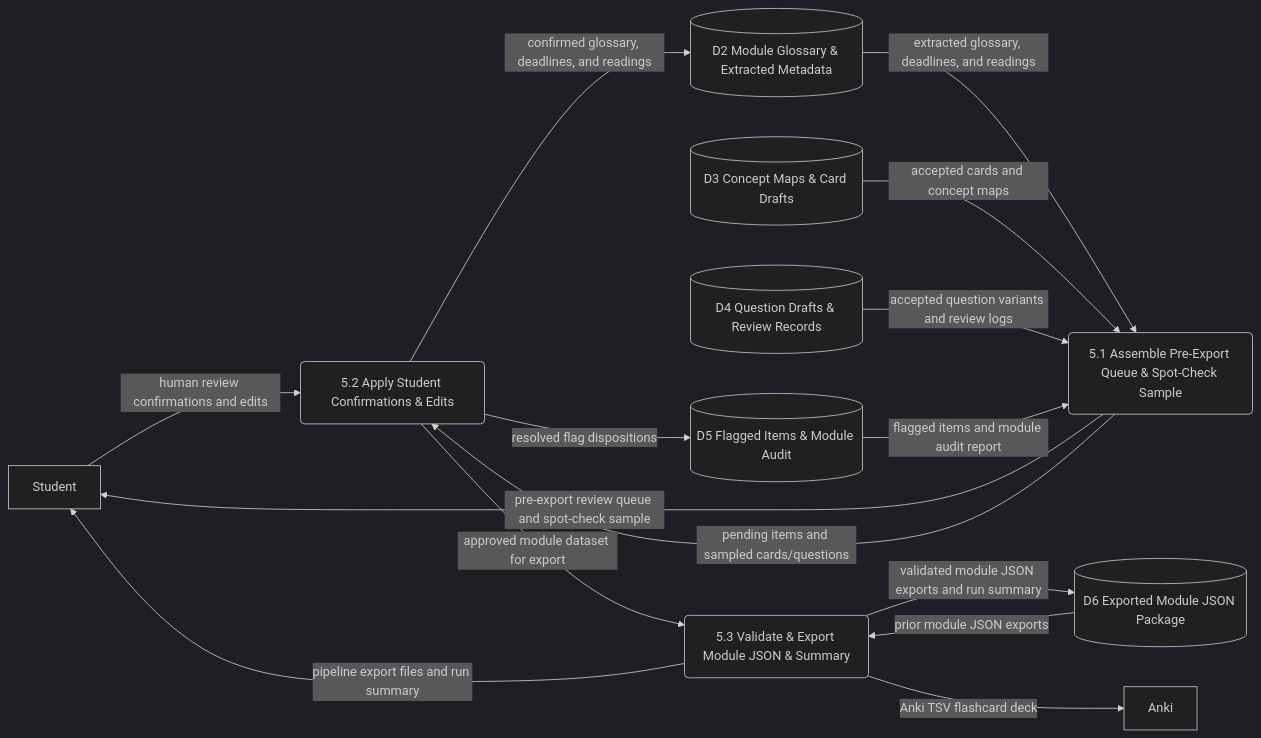
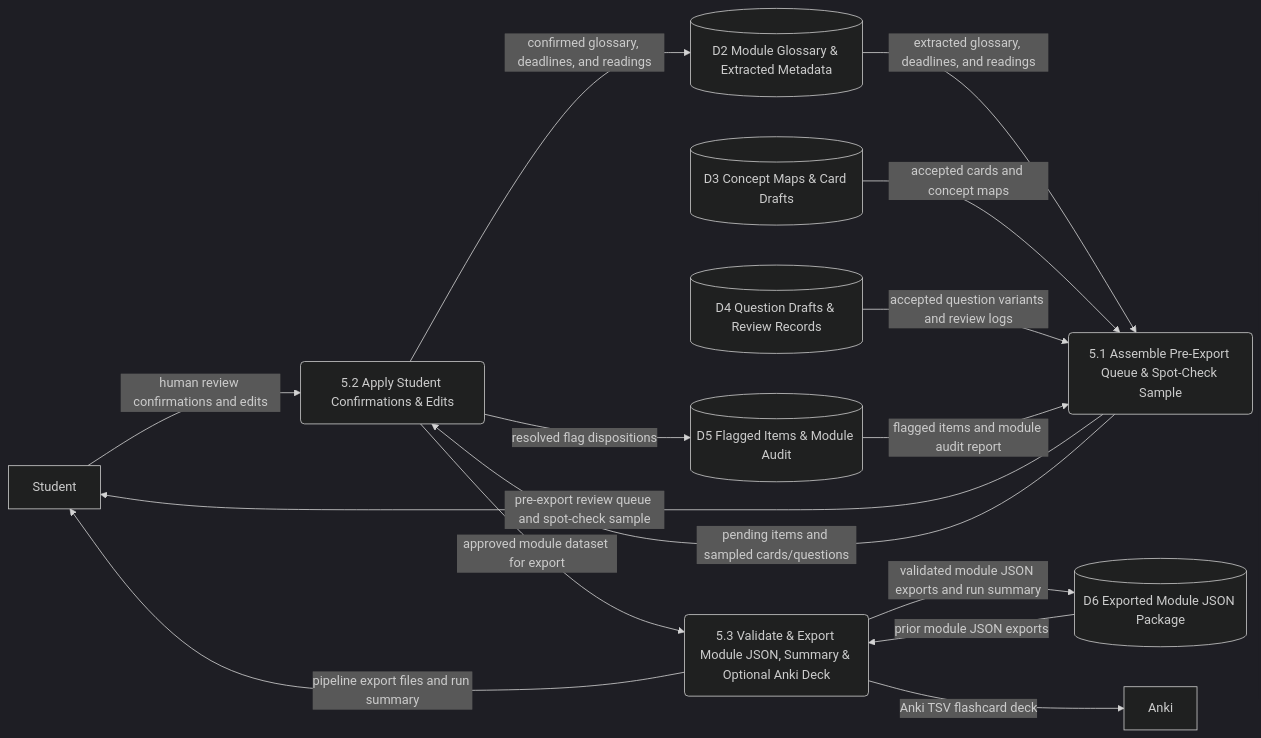
Before and after one commit to thomasclarkpersonal-sketch/StudyApp: the sixth of 7 diagrams in workbook/02-analysis/dfd.md, drawn with Mermaid (dark theme). The commit also changed other lines of this file and 6 other files, not shown here.

Commit message:
Stage 2 (r14): restore P5.3/P6.x internal flows and R2/R3 REQ tags in A12, align A14 date and DEC-015 wording

````diff
--- a/workbook/02-analysis/dfd.md
+++ b/workbook/02-analysis/dfd.md
@@ -262,32 +262,32 @@
 ```mermaid
 flowchart LR
   E1[Student]
   E6[Anki]
   D2[(D2 Module Glossary & Extracted Metadata)]
   D3[(D3 Concept Maps & Card Drafts)]
   D4[(D4 Question Drafts & Review Records)]
   D5[(D5 Flagged Items & Module Audit)]
   D6[(D6 Exported Module JSON Package)]
 
   P5_1("5.1 Assemble Pre-Export Queue & Spot-Check Sample")
   P5_2("5.2 Apply Student Confirmations & Edits")
-  P5_3("5.3 Validate & Export Module JSON & Summary")
+  P5_3("5.3 Validate & Export Module JSON, Summary & Optional Anki Deck")
 
   %% External boundary inputs/outputs matching P5 on Level-0
   D2 -->|extracted glossary, deadlines, and readings| P5_1
   D3 -->|accepted cards and concept maps| P5_1
   D4 -->|accepted question variants and review logs| P5_1
   D5 -->|flagged items and module audit report| P5_1
   D6 -->|prior module JSON exports| P5_3
   P5_1 -->|pre-export review queue and spot-check sample| E1
   E1 -->|human review confirmations and edits| P5_2
   P5_2 -->|confirmed glossary, deadlines, and readings| D2
   P5_2 -->|resolved flag dispositions| D5
   P5_3 -->|validated module JSON exports and run summary| D6
   P5_3 -->|pipeline export files and run summary| E1
   P5_3 -->|Anki TSV flashcard deck| E6
 
   %% Internal flows within P5
   P5_1 -->|pending items and sampled cards/questions| P5_2
   P5_2 -->|approved module dataset for export| P5_3
 ```
````
